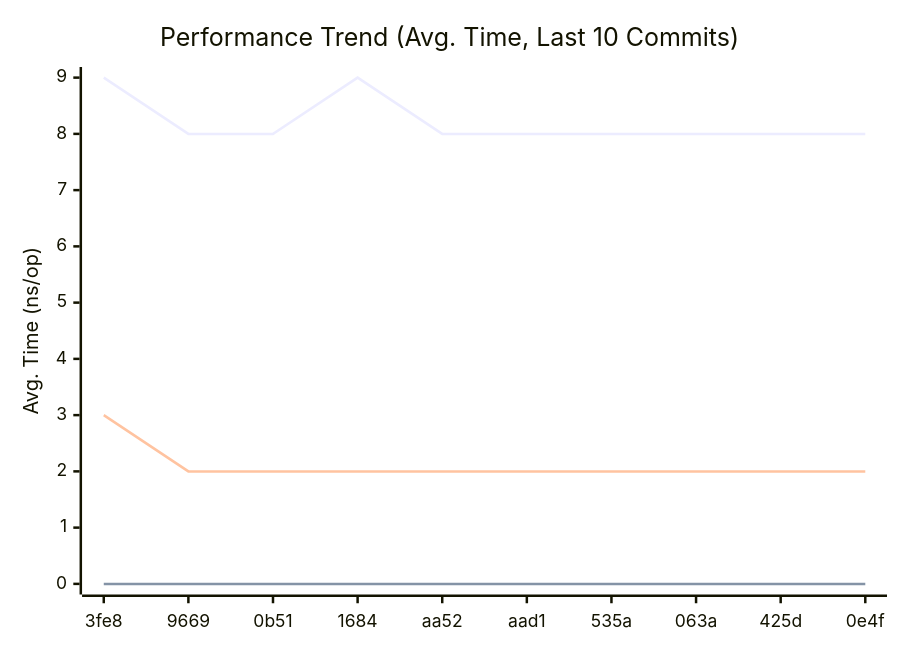
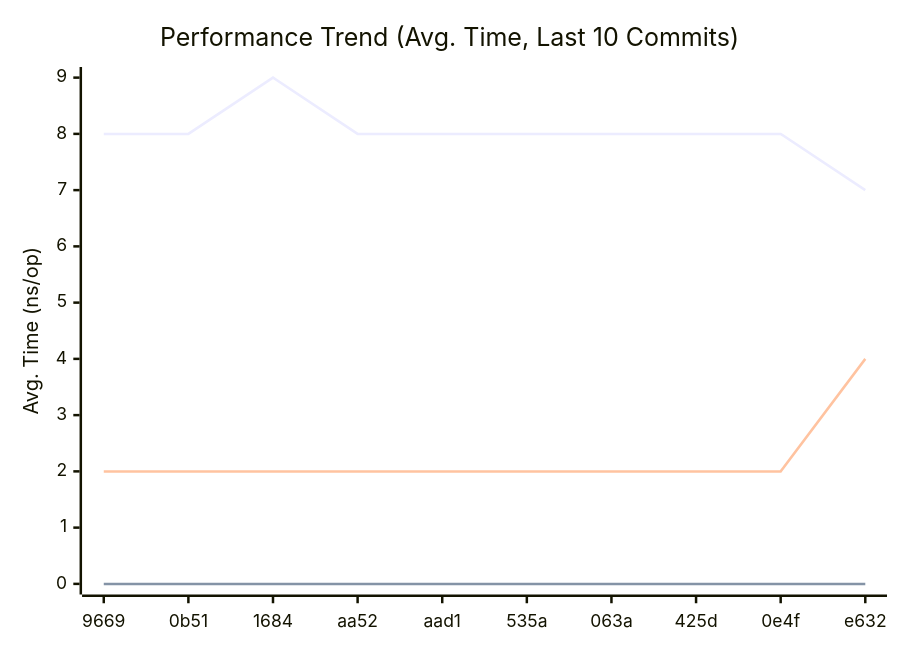
The first of 3 diagrams in doc/README.md (alsotoes/momo), drawn with Mermaid before and after one commit. The commit also changed other lines of this file and 1 other file, not shown here.

````diff
--- a/doc/README.md
+++ b/doc/README.md
@@ -290,10 +290,10 @@
 ```mermaid
 xychart-beta
     title "Performance Trend (Avg. Time, Last 10 Commits)"
     x-axis "Commit"
     y-axis "Avg. Time (ns/op)"
-    x-axis [3fe8,9669,0b51,1684,aa52,aad1,535a,063a,425d,0e4f]
-    line "CheckMetricsAndSwap" [9,8,8,9,8,8,8,8,8,8]
+    x-axis [9669,0b51,1684,aa52,aad1,535a,063a,425d,0e4f,e632]
+    line "CheckMetricsAndSwap" [8,8,9,8,8,8,8,8,8,7]
     line "IndexDirectTracking" [0,0,0,0,0,0,0,0,0,0]
-    line "IndexSearch" [3,2,2,2,2,2,2,2,2,2]
+    line "IndexSearch" [2,2,2,2,2,2,2,2,2,4]
 ```
````
